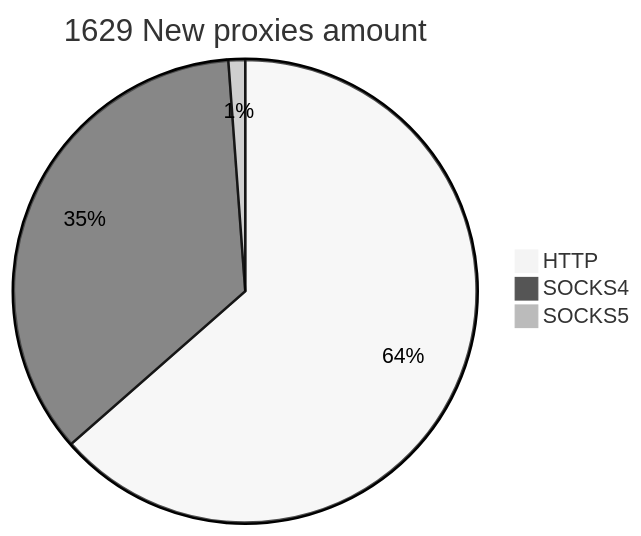
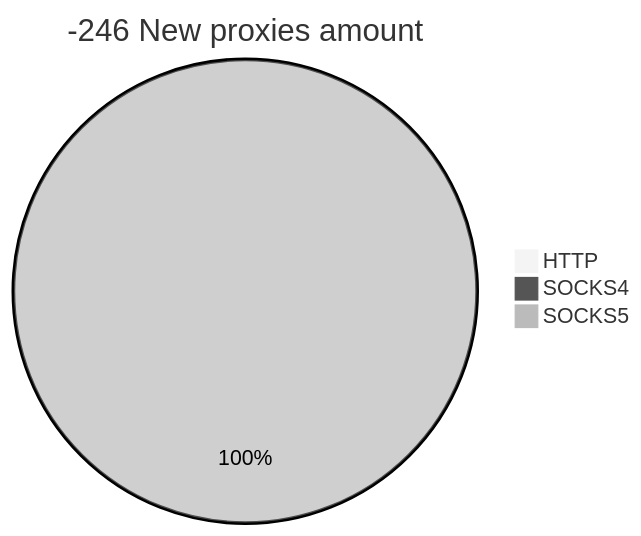
Before and after one commit to cutipu/proxylist: the second of 2 diagrams in README.md, drawn with Mermaid (neutral theme). The commit also changed other lines of this file, not shown here.

````diff
--- a/README.md
+++ b/README.md
@@ -10,6 +10,6 @@
 ```mermaid
-pie title 1629 New proxies amount
-    "HTTP" : 1035
-    "SOCKS4" : 575
-    "SOCKS5" : 19
+pie title -246 New proxies amount
+    "HTTP" : 0
+    "SOCKS4" : 0
+    "SOCKS5" : 2
 ```
````
